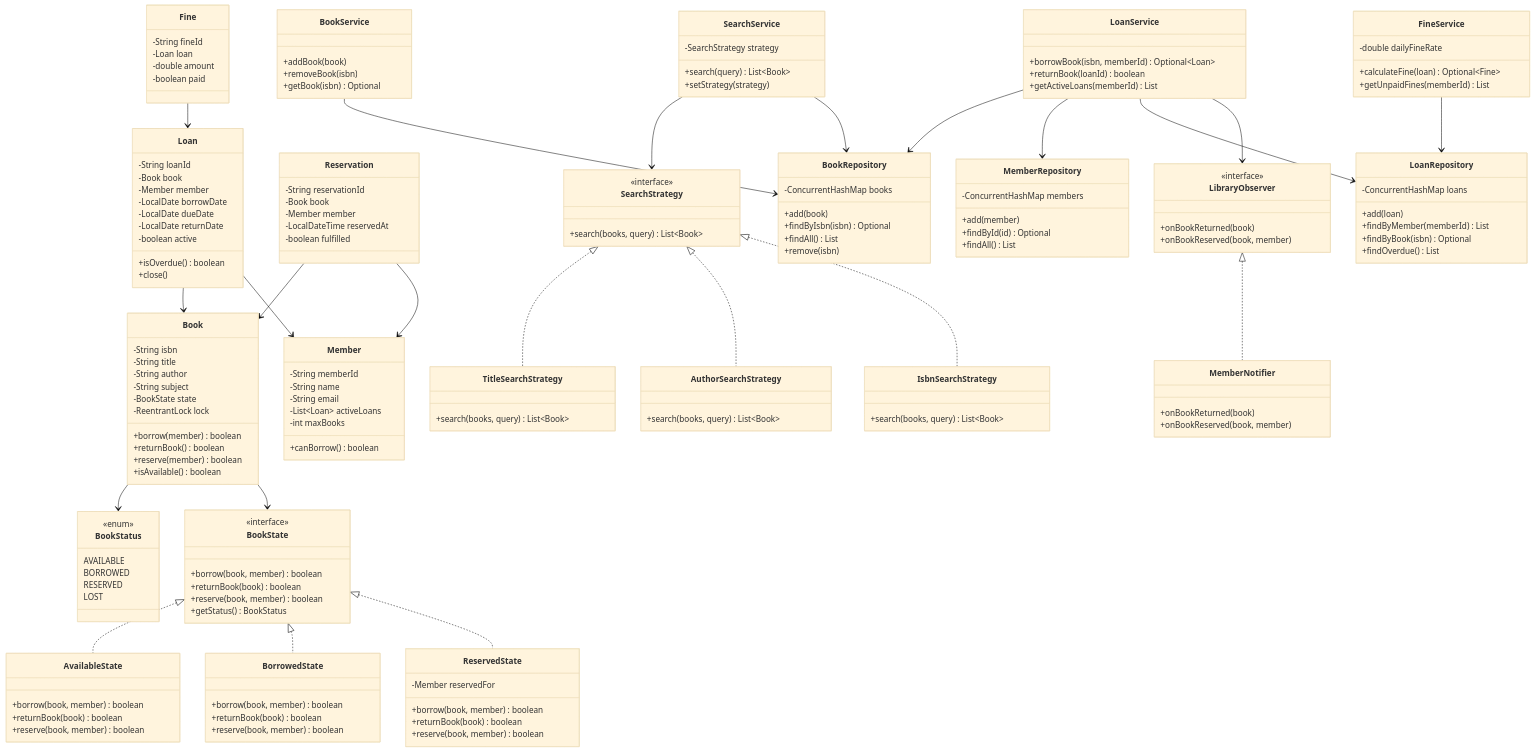
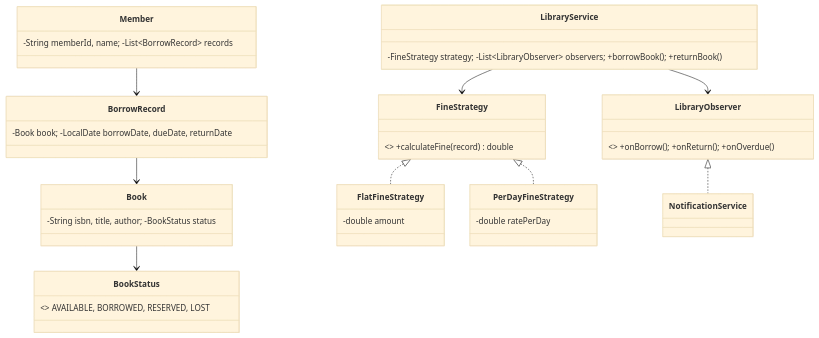
One commit to nitish2904/LLD2 changed the diagram in src/LibraryManagement/README.md. Above: the diagram before and after it, drawn with Mermaid (base theme). The commit also changed other lines of this file and 15 other files, not shown here.

Commit message:
Update all 16 READMEs with comprehensive docs: design patterns, package structure, UML diagrams, how to run, demo scenarios

````diff
--- a/src/LibraryManagement/README.md
+++ b/src/LibraryManagement/README.md
@@ -82,190 +44,24 @@
 ```mermaid
 classDiagram
-    direction TB
+    class BookStatus { <<enum>> AVAILABLE, BORROWED, RESERVED, LOST }
+    class Book { -String isbn, title, author; -BookStatus status }
+    class Member { -String memberId, name; -List~BorrowRecord~ records }
+    class BorrowRecord { -Book book; -LocalDate borrowDate, dueDate, returnDate }
 
-    class BookStatus {
-        <<enum>>
-        AVAILABLE
-        BORROWED
-        RESERVED
-        LOST
-    }
+    class FineStrategy { <<interface>> +calculateFine(record) double }
+    class FlatFineStrategy { -double amount }
+    class PerDayFineStrategy { -double ratePerDay }
+    FineStrategy <|.. FlatFineStrategy
+    FineStrategy <|.. PerDayFineStrategy
 
-    class Book {
-        -String isbn
-        -String title
-        -String author
-        -String subject
-        -BookState state
-        -ReentrantLock lock
-        +borrow(member) boolean
-        +returnBook() boolean
-        +reserve(member) boolean
-        +isAvailable() boolean
-    }
+    class LibraryObserver { <<interface>> +onBorrow(); +onReturn(); +onOverdue() }
+    class NotificationService
+    LibraryObserver <|.. NotificationService
 
-    class Member {
-        -String memberId
-        -String name
-        -String email
-        -List~Loan~ activeLoans
-        -int maxBooks
-        +canBorrow() boolean
-    }
-
-    class Loan {
-        -String loanId
-        -Book book
-        -Member member
-        -LocalDate borrowDate
-        -LocalDate dueDate
-        -LocalDate returnDate
-        -boolean active
-        +isOverdue() boolean
-        +close()
-    }
-
-    class Fine {
-        -String fineId
-        -Loan loan
-        -double amount
-        -boolean paid
-    }
-
-    class Reservation {
-        -String reservationId
-        -Book book
-        -Member member
-        -LocalDateTime reservedAt
-        -boolean fulfilled
-    }
-
+    class LibraryService { -FineStrategy strategy; -List~LibraryObserver~ observers; +borrowBook(); +returnBook() }
+    LibraryService --> FineStrategy
+    LibraryService --> LibraryObserver
     Book --> BookStatus
-    Loan --> Book
-    Loan --> Member
-    Fine --> Loan
-    Reservation --> Book
-    Reservation --> Member
-
-    class BookState {
-        <<interface>>
-        +borrow(book, member) boolean
-        +returnBook(book) boolean
-        +reserve(book, member) boolean
-        +getStatus() BookStatus
-    }
-
-    class AvailableState {
-        +borrow(book, member) boolean
-        +returnBook(book) boolean
-        +reserve(book, member) boolean
-    }
-
-    class BorrowedState {
-        +borrow(book, member) boolean
-        +returnBook(book) boolean
-        +reserve(book, member) boolean
-    }
-
-    class ReservedState {
-        -Member reservedFor
-        +borrow(book, member) boolean
-        +returnBook(book) boolean
-        +reserve(book, member) boolean
-    }
-
-    BookState <|.. AvailableState
-    BookState <|.. BorrowedState
-    BookState <|.. ReservedState
-    Book --> BookState
-
-    class SearchStrategy {
-        <<interface>>
-        +search(books, query) List~Book~
-    }
-
-    class TitleSearchStrategy {
-        +search(books, query) List~Book~
-    }
-
-    class AuthorSearchStrategy {
-        +search(books, query) List~Book~
-    }
-
-    class IsbnSearchStrategy {
-        +search(books, query) List~Book~
-    }
-
-    SearchStrategy <|.. TitleSearchStrategy
-    SearchStrategy <|.. AuthorSearchStrategy
-    SearchStrategy <|.. IsbnSearchStrategy
-
-    class LibraryObserver {
-        <<interface>>
-        +onBookReturned(book)
-        +onBookReserved(book, member)
-    }
-
-    class MemberNotifier {
-        +onBookReturned(book)
-        +onBookReserved(book, member)
-    }
-
-    LibraryObserver <|.. MemberNotifier
-
-    class BookRepository {
-        -ConcurrentHashMap books
-        +add(book)
-        +findByIsbn(isbn) Optional
-        +findAll() List
-        +remove(isbn)
-    }
-
-    class MemberRepository {
-        -ConcurrentHashMap members
-        +add(member)
-        +findById(id) Optional
-        +findAll() List
-    }
-
-    class LoanRepository {
-        -ConcurrentHashMap loans
-        +add(loan)
-        +findByMember(memberId) List
-        +findByBook(isbn) Optional
-        +findOverdue() List
-    }
-
-    class BookService {
-        +addBook(book)
-        +removeBook(isbn)
-        +getBook(isbn) Optional
-    }
-
-    class LoanService {
-        +borrowBook(isbn, memberId) Optional~Loan~
-        +returnBook(loanId) boolean
-        +getActiveLoans(memberId) List
-    }
-
-    class SearchService {
-        -SearchStrategy strategy
-        +search(query) List~Book~
-        +setStrategy(strategy)
-    }
-
-    class FineService {
-        -double dailyFineRate
-        +calculateFine(loan) Optional~Fine~
-        +getUnpaidFines(memberId) List
-    }
-
-    BookService --> BookRepository
-    LoanService --> BookRepository
-    LoanService --> MemberRepository
-    LoanService --> LoanRepository
-    LoanService --> LibraryObserver
-    SearchService --> SearchStrategy
-    SearchService --> BookRepository
-    FineService --> LoanRepository
+    Member --> BorrowRecord
+    BorrowRecord --> Book
 ```
````
